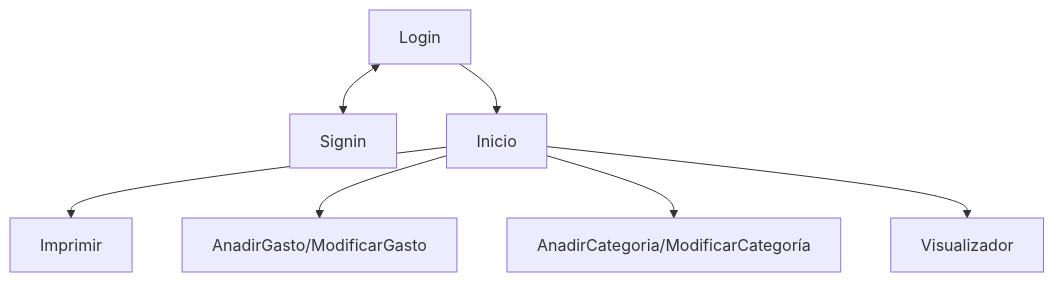
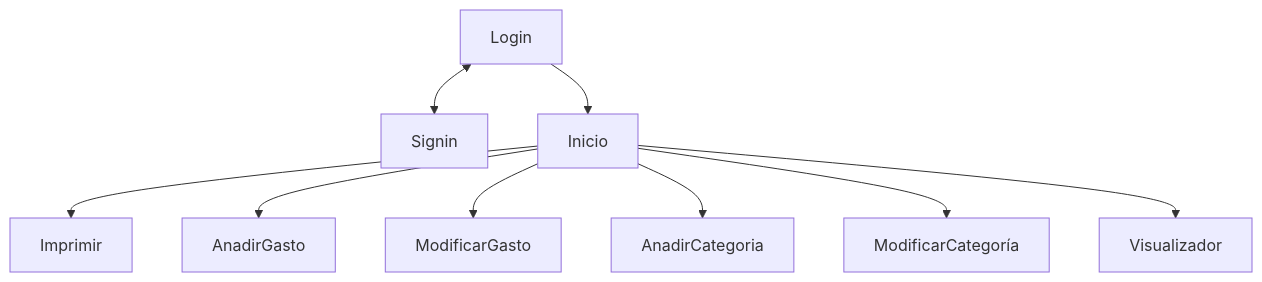
The diagram in README.md (albvalort/proyectoIPC), drawn with Mermaid before and after one commit.

Commit message:
arbol sin cambiar

````diff
--- a/README.md
+++ b/README.md
@@ -40,9 +40,11 @@
 ```mermaid
 graph TD;
     Login <--> Signin;
     Login --> Inicio;
     Inicio --> Imprimir;
-    Inicio --> AnadirGasto/ModificarGasto;
-    Inicio --> AnadirCategoria/ModificarCategoría;
+    Inicio --> AnadirGasto;
+    Inicio -->ModificarGasto;
+    Inicio --> AnadirCategoria;
+    Inicio --> ModificarCategoría;
     Inicio --> Visualizador;
 ```
````
